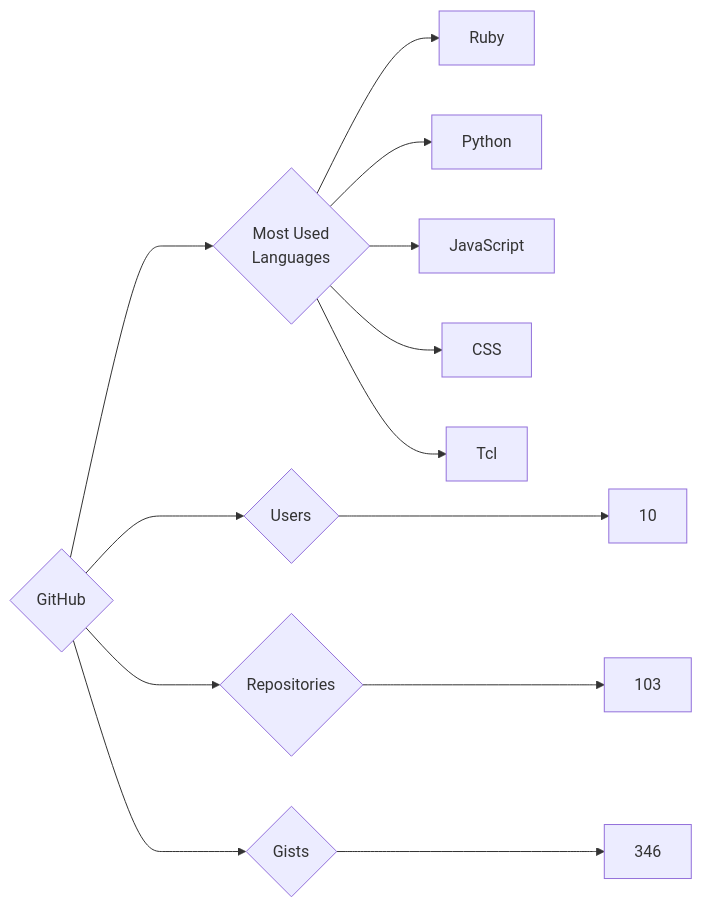
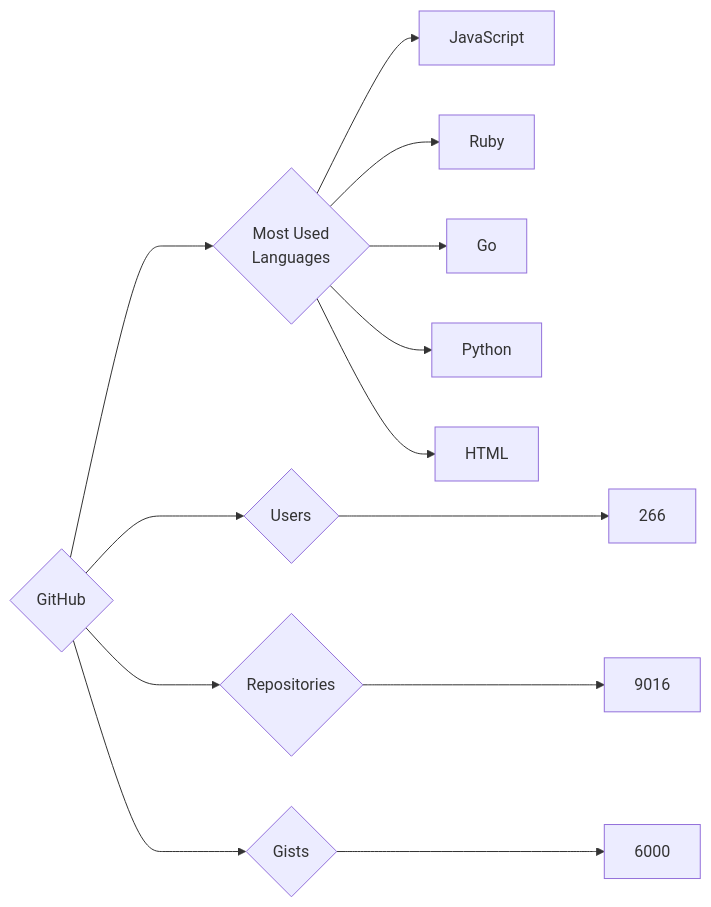
One commit to trickest/insiders changed the diagram in targets/GitHub/README.md. Above: the diagram before and after it, drawn with Mermaid. The commit also changed 636 other files, not shown here.

````diff
--- a/targets/GitHub/README.md
+++ b/targets/GitHub/README.md
@@ -3,13 +3,13 @@
 ```mermaid
 graph LR
 COMPANY_NAME{GitHub}
-COMPANY_NAME ---> U{Users} ---> UN[10]
-COMPANY_NAME ---> R{Repositories} ---> RN[103]
-COMPANY_NAME ---> G{Gists} ---> GN[346]
+COMPANY_NAME ---> U{Users} ---> UN[266]
+COMPANY_NAME ---> R{Repositories} ---> RN[9016]
+COMPANY_NAME ---> G{Gists} ---> GN[6000]
 COMPANY_NAME ---> ML{Most Used<br>Languages}
+ML --> JavaScript[JavaScript]
 ML --> Ruby[Ruby]
+ML --> Go[Go]
 ML --> Python[Python]
-ML --> JavaScript[JavaScript]
-ML --> CSS[CSS]
-ML --> Tcl[Tcl]
+ML --> HTML[HTML]
 ```
````
